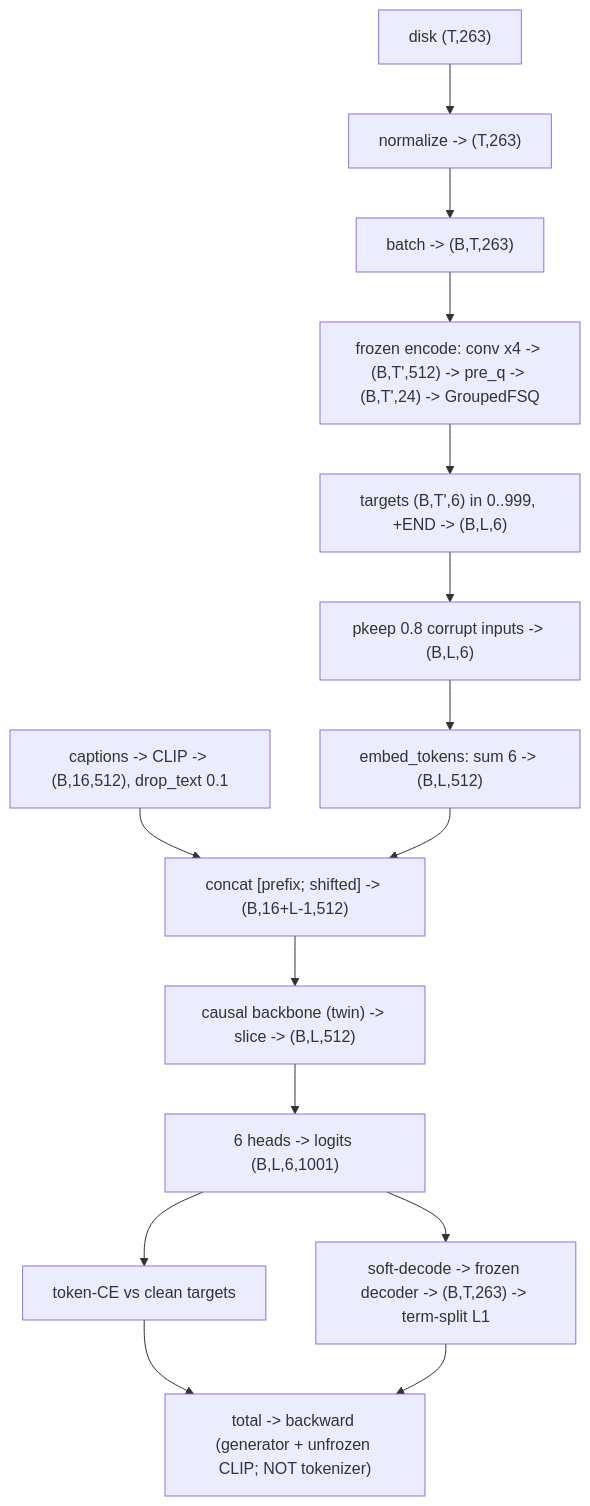
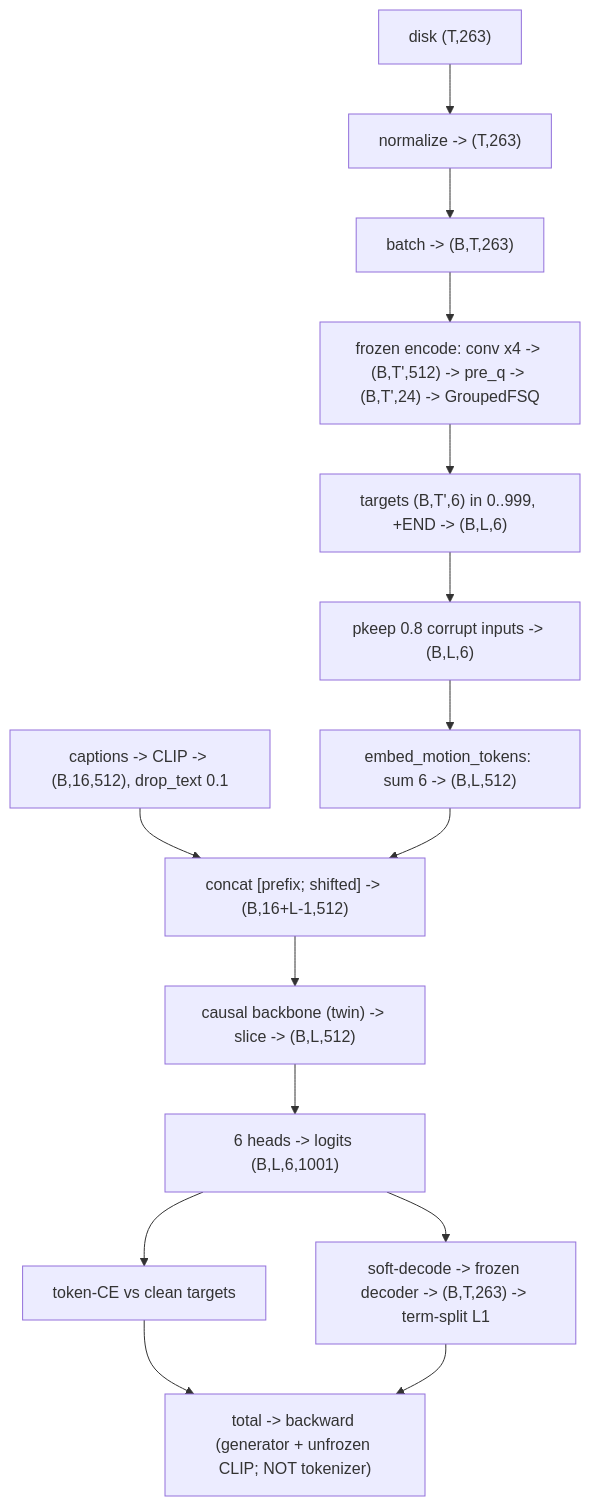
Before and after one commit to CatalinButacu/GenAI-Text2Motion: the diagram in paper/lessons/09-generator-training-trace.md, drawn with Mermaid. The commit also changed other lines of this file and 209 other files, not shown here.

````diff
--- a/paper/lessons/09-generator-training-trace.md
+++ b/paper/lessons/09-generator-training-trace.md
@@ -10,16 +10,16 @@
 ```mermaid
 flowchart TB
   D["disk (T,263)"] --> N["normalize -> (T,263)"] --> B["batch -> (B,T,263)"]
   B --> ENC["frozen encode: conv x4 -> (B,T',512) -> pre_q -> (B,T',24) -> GroupedFSQ"]
   ENC --> TGT["targets (B,T',6) in 0..999, +END -> (B,L,6)"]
   TGT --> PK["pkeep 0.8 corrupt inputs -> (B,L,6)"]
   CAP["captions -> CLIP -> (B,16,512), drop_text 0.1"] --> CC
-  PK --> EMB["embed_tokens: sum 6 -> (B,L,512)"]
+   PK --> EMB["embed_motion_tokens: sum 6 -> (B,L,512)"]
   EMB --> CC["concat [prefix; shifted] -> (B,16+L-1,512)"]
   CC --> BK["causal backbone (twin) -> slice -> (B,L,512)"]
   BK --> HD["6 heads -> logits (B,L,6,1001)"]
   HD --> CE["token-CE vs clean targets"]
   HD --> SD["soft-decode -> frozen decoder -> (B,T,263) -> term-split L1"]
   CE --> TOT["total -> backward (generator + unfrozen CLIP; NOT tokenizer)"]
   SD --> TOT
 ```
````
